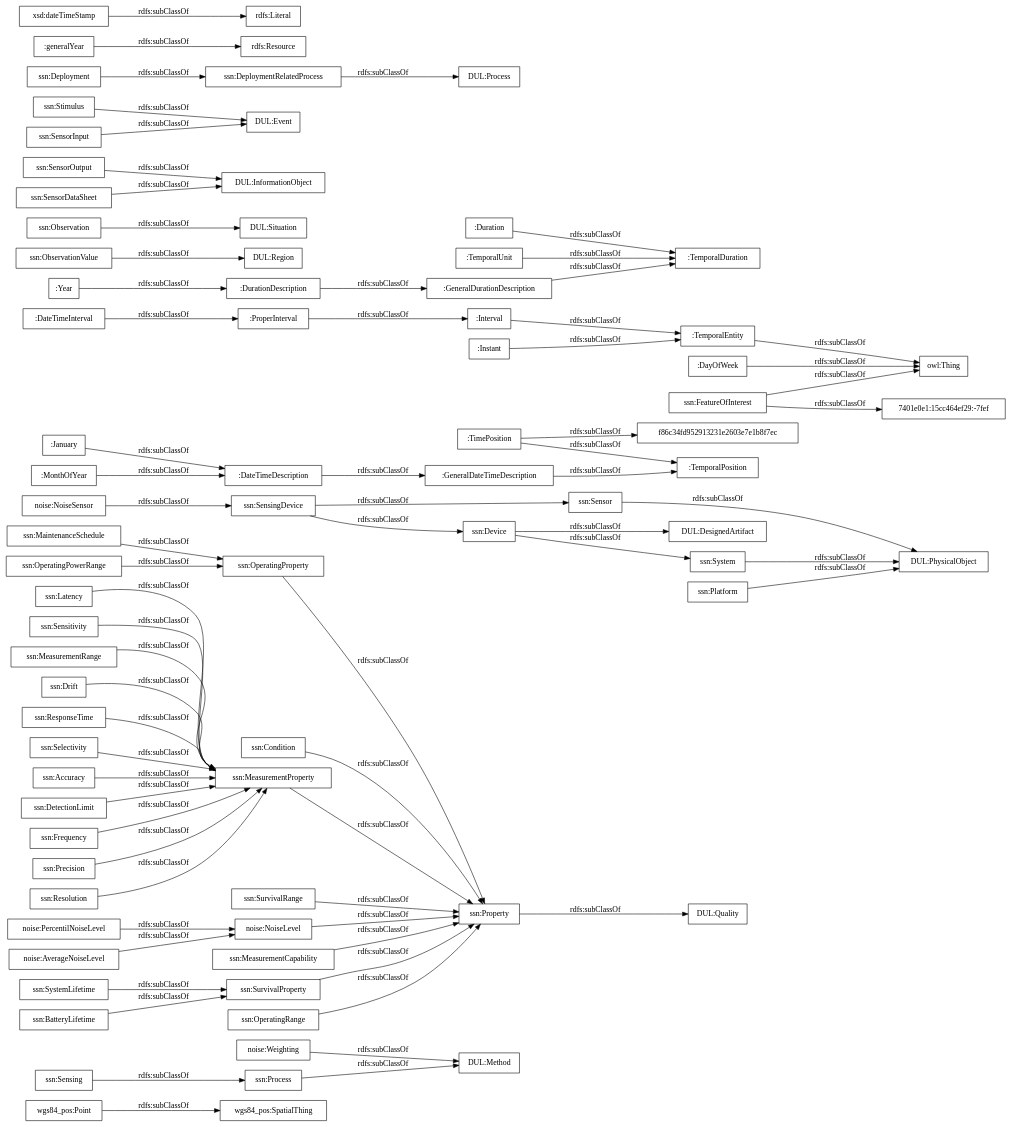
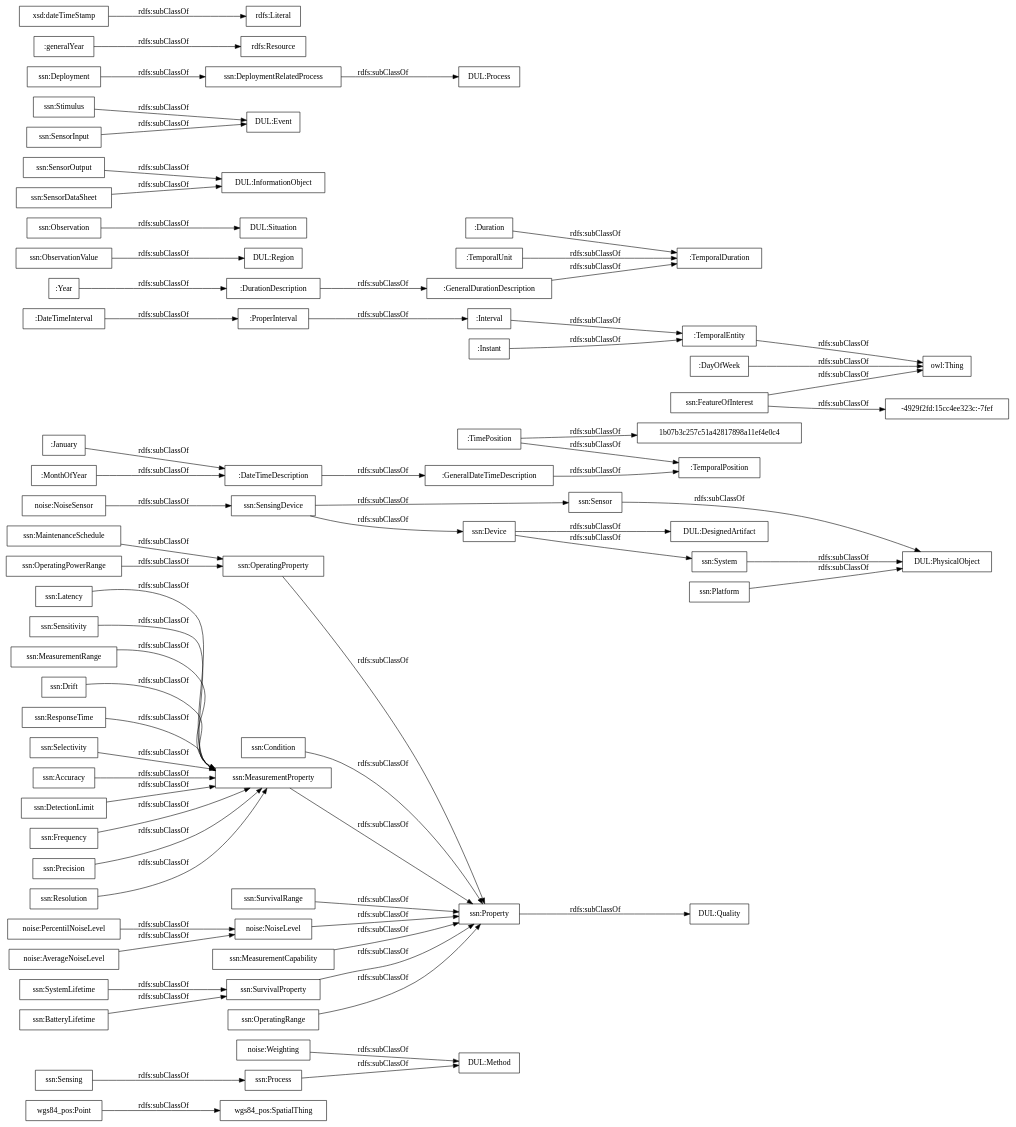
Before and after one commit to opencitydata/vocab-medio-ambiente-contaminacion-acustica: the diagram in OnToology/contaminacion-acustica.owl/diagrams/ar2dtool-taxonomy/contaminacion-acustica.owl.png.dot, drawn with Graphviz. The commit also changed 9 other files, not shown here.

```diff
--- a/OnToology/contaminacion-acustica.owl/diagrams/ar2dtool-taxonomy/contaminacion-acustica.owl.png.dot
+++ b/OnToology/contaminacion-acustica.owl/diagrams/ar2dtool-taxonomy/contaminacion-acustica.owl.png.dot
@@ -1,73 +1,73 @@
 digraph ar2dtool_diagram { 
 rankdir=LR;
 size="1000"
-node [shape = rectangle, color="black"]; "wgs84_pos:SpatialThing" "wgs84_pos:Point" "noise:Weighting" "noise:PercentilNoiseLevel" "noise:NoiseSensor" "noise:NoiseLevel" "noise:AverageNoiseLevel" ":GeneralDateTimeDescription" ":DateTimeInterval" ":DurationDescription" ":TemporalDuration" ":Duration" ":GeneralDurationDescription" ":January" ":ProperInterval" "f86c34fd952913231e2603e7e1b8f7ec" ":TimePosition" ":TemporalPosition" ":Interval" ":TemporalEntity" ":Year" ":MonthOfYear" ":DateTimeDescription" ":TemporalUnit" ":Instant" ":DayOfWeek" "7401e0e1:15cc464ef29:-7fef" "ssn:Accuracy" "ssn:DetectionLimit" "ssn:Frequency" "ssn:Condition" "DUL:Region" "DUL:Situation" "DUL:PhysicalObject" "ssn:SensorOutput" "ssn:Precision" "ssn:Resolution" "DUL:Quality" "ssn:FeatureOfInterest" "ssn:Sensor" "DUL:InformationObject" "ssn:OperatingProperty" "DUL:Event" "ssn:OperatingPowerRange" "DUL:Method" "ssn:MaintenanceSchedule" "ssn:Sensing" "ssn:Latency" "ssn:SurvivalRange" "ssn:SensingDevice" "DUL:DesignedArtifact" "ssn:Sensitivity" "ssn:Stimulus" "DUL:Process" "ssn:MeasurementRange" "ssn:System" "ssn:SystemLifetime" "ssn:Property" "ssn:MeasurementProperty" "ssn:Process" "ssn:Deployment" "ssn:MeasurementCapability" "ssn:BatteryLifetime" "ssn:Drift" "ssn:DeploymentRelatedProcess" "ssn:SensorInput" "ssn:ResponseTime" "ssn:ObservationValue" "ssn:SensorDataSheet" "ssn:Observation" "ssn:Selectivity" "ssn:SurvivalProperty" "ssn:Device" "ssn:OperatingRange" "ssn:Platform" ; /*classes style*/
+node [shape = rectangle, color="black"]; "wgs84_pos:SpatialThing" "wgs84_pos:Point" "noise:Weighting" "noise:PercentilNoiseLevel" "noise:NoiseSensor" "noise:NoiseLevel" "noise:AverageNoiseLevel" ":GeneralDateTimeDescription" ":DateTimeInterval" ":DurationDescription" ":TemporalDuration" ":Duration" ":GeneralDurationDescription" ":January" ":ProperInterval" ":TimePosition" "1b07b3c257c51a42817898a11ef4e0c4" ":TemporalPosition" ":Interval" ":TemporalEntity" ":Year" ":MonthOfYear" ":DateTimeDescription" ":TemporalUnit" ":Instant" ":DayOfWeek" "ssn:Accuracy" "ssn:DetectionLimit" "ssn:Frequency" "ssn:Condition" "DUL:Region" "DUL:Situation" "DUL:PhysicalObject" "ssn:SensorOutput" "ssn:Precision" "ssn:Resolution" "DUL:Quality" "ssn:FeatureOfInterest" "ssn:Sensor" "DUL:InformationObject" "ssn:OperatingProperty" "DUL:Event" "ssn:OperatingPowerRange" "DUL:Method" "ssn:MaintenanceSchedule" "ssn:Sensing" "ssn:Latency" "ssn:SurvivalRange" "ssn:SensingDevice" "DUL:DesignedArtifact" "ssn:Sensitivity" "ssn:Stimulus" "DUL:Process" "ssn:MeasurementRange" "ssn:System" "ssn:SystemLifetime" "ssn:Property" "ssn:MeasurementProperty" "ssn:Process" "ssn:Deployment" "ssn:MeasurementCapability" "ssn:BatteryLifetime" "-4929f2fd:15cc4ee323c:-7fef" "ssn:Drift" "ssn:DeploymentRelatedProcess" "ssn:SensorInput" "ssn:ResponseTime" "ssn:ObservationValue" "ssn:SensorDataSheet" "ssn:Observation" "ssn:Selectivity" "ssn:SurvivalProperty" "ssn:Device" "ssn:OperatingRange" "ssn:Platform" ; /*classes style*/
 	":DateTimeDescription" -> ":GeneralDateTimeDescription" [ label = "rdfs:subClassOf" ];
 	"noise:AverageNoiseLevel" -> "noise:NoiseLevel" [ label = "rdfs:subClassOf" ];
 	"ssn:Deployment" -> "ssn:DeploymentRelatedProcess" [ label = "rdfs:subClassOf" ];
 	"ssn:SensingDevice" -> "ssn:Sensor" [ label = "rdfs:subClassOf" ];
 	"ssn:SensingDevice" -> "ssn:Device" [ label = "rdfs:subClassOf" ];
 	"ssn:DeploymentRelatedProcess" -> "DUL:Process" [ label = "rdfs:subClassOf" ];
 	"ssn:Accuracy" -> "ssn:MeasurementProperty" [ label = "rdfs:subClassOf" ];
 	":Instant" -> ":TemporalEntity" [ label = "rdfs:subClassOf" ];
 	"ssn:FeatureOfInterest" -> "owl:Thing" [ label = "rdfs:subClassOf" ];
-	"ssn:FeatureOfInterest" -> "7401e0e1:15cc464ef29:-7fef" [ label = "rdfs:subClassOf" ];
+	"ssn:FeatureOfInterest" -> "-4929f2fd:15cc4ee323c:-7fef" [ label = "rdfs:subClassOf" ];
 	"ssn:Latency" -> "ssn:MeasurementProperty" [ label = "rdfs:subClassOf" ];
 	"ssn:Process" -> "DUL:Method" [ label = "rdfs:subClassOf" ];
 	"noise:Weighting" -> "DUL:Method" [ label = "rdfs:subClassOf" ];
 	":ProperInterval" -> ":Interval" [ label = "rdfs:subClassOf" ];
 	"ssn:Property" -> "DUL:Quality" [ label = "rdfs:subClassOf" ];
 	"ssn:MeasurementProperty" -> "ssn:Property" [ label = "rdfs:subClassOf" ];
 	"wgs84_pos:Point" -> "wgs84_pos:SpatialThing" [ label = "rdfs:subClassOf" ];
 	":MonthOfYear" -> ":DateTimeDescription" [ label = "rdfs:subClassOf" ];
 	"ssn:ResponseTime" -> "ssn:MeasurementProperty" [ label = "rdfs:subClassOf" ];
 	"ssn:OperatingRange" -> "ssn:Property" [ label = "rdfs:subClassOf" ];
 	"noise:NoiseLevel" -> "ssn:Property" [ label = "rdfs:subClassOf" ];
 	"ssn:MeasurementRange" -> "ssn:MeasurementProperty" [ label = "rdfs:subClassOf" ];
 	"ssn:Stimulus" -> "DUL:Event" [ label = "rdfs:subClassOf" ];
 	":Duration" -> ":TemporalDuration" [ label = "rdfs:subClassOf" ];
 	"ssn:SurvivalProperty" -> "ssn:Property" [ label = "rdfs:subClassOf" ];
 	"ssn:MaintenanceSchedule" -> "ssn:OperatingProperty" [ label = "rdfs:subClassOf" ];
 	"ssn:SensorInput" -> "DUL:Event" [ label = "rdfs:subClassOf" ];
-	":TimePosition" -> "f86c34fd952913231e2603e7e1b8f7ec" [ label = "rdfs:subClassOf" ];
+	":TimePosition" -> "1b07b3c257c51a42817898a11ef4e0c4" [ label = "rdfs:subClassOf" ];
 	":TimePosition" -> ":TemporalPosition" [ label = "rdfs:subClassOf" ];
 	":TemporalEntity" -> "owl:Thing" [ label = "rdfs:subClassOf" ];
 	"ssn:Sensitivity" -> "ssn:MeasurementProperty" [ label = "rdfs:subClassOf" ];
 	"ssn:Drift" -> "ssn:MeasurementProperty" [ label = "rdfs:subClassOf" ];
 	"ssn:System" -> "DUL:PhysicalObject" [ label = "rdfs:subClassOf" ];
 	":GeneralDurationDescription" -> ":TemporalDuration" [ label = "rdfs:subClassOf" ];
 	"ssn:Resolution" -> "ssn:MeasurementProperty" [ label = "rdfs:subClassOf" ];
 	"ssn:Precision" -> "ssn:MeasurementProperty" [ label = "rdfs:subClassOf" ];
 	"noise:PercentilNoiseLevel" -> "noise:NoiseLevel" [ label = "rdfs:subClassOf" ];
 	"ssn:DetectionLimit" -> "ssn:MeasurementProperty" [ label = "rdfs:subClassOf" ];
 	":DateTimeInterval" -> ":ProperInterval" [ label = "rdfs:subClassOf" ];
 	"ssn:Sensor" -> "DUL:PhysicalObject" [ label = "rdfs:subClassOf" ];
 	"ssn:SensorDataSheet" -> "DUL:InformationObject" [ label = "rdfs:subClassOf" ];
 	"ssn:OperatingPowerRange" -> "ssn:OperatingProperty" [ label = "rdfs:subClassOf" ];
 	"noise:NoiseSensor" -> "ssn:SensingDevice" [ label = "rdfs:subClassOf" ];
 	":Interval" -> ":TemporalEntity" [ label = "rdfs:subClassOf" ];
 	":GeneralDateTimeDescription" -> ":TemporalPosition" [ label = "rdfs:subClassOf" ];
 	":January" -> ":DateTimeDescription" [ label = "rdfs:subClassOf" ];
 	"ssn:ObservationValue" -> "DUL:Region" [ label = "rdfs:subClassOf" ];
 	":DayOfWeek" -> "owl:Thing" [ label = "rdfs:subClassOf" ];
 	"ssn:Device" -> "DUL:DesignedArtifact" [ label = "rdfs:subClassOf" ];
 	"ssn:Device" -> "ssn:System" [ label = "rdfs:subClassOf" ];
 	"ssn:Platform" -> "DUL:PhysicalObject" [ label = "rdfs:subClassOf" ];
 	":Year" -> ":DurationDescription" [ label = "rdfs:subClassOf" ];
 	":DurationDescription" -> ":GeneralDurationDescription" [ label = "rdfs:subClassOf" ];
 	"ssn:OperatingProperty" -> "ssn:Property" [ label = "rdfs:subClassOf" ];
 	":generalYear" -> "rdfs:Resource" [ label = "rdfs:subClassOf" ];
 	"ssn:Selectivity" -> "ssn:MeasurementProperty" [ label = "rdfs:subClassOf" ];
 	"ssn:BatteryLifetime" -> "ssn:SurvivalProperty" [ label = "rdfs:subClassOf" ];
 	":TemporalUnit" -> ":TemporalDuration" [ label = "rdfs:subClassOf" ];
 	"ssn:Observation" -> "DUL:Situation" [ label = "rdfs:subClassOf" ];
 	"ssn:Sensing" -> "ssn:Process" [ label = "rdfs:subClassOf" ];
 	"ssn:SystemLifetime" -> "ssn:SurvivalProperty" [ label = "rdfs:subClassOf" ];
 	"ssn:SurvivalRange" -> "ssn:Property" [ label = "rdfs:subClassOf" ];
 	"ssn:Frequency" -> "ssn:MeasurementProperty" [ label = "rdfs:subClassOf" ];
 	"ssn:SensorOutput" -> "DUL:InformationObject" [ label = "rdfs:subClassOf" ];
 	"ssn:Condition" -> "ssn:Property" [ label = "rdfs:subClassOf" ];
 	"xsd:dateTimeStamp" -> "rdfs:Literal" [ label = "rdfs:subClassOf" ];
 	"ssn:MeasurementCapability" -> "ssn:Property" [ label = "rdfs:subClassOf" ];
 
 }
```
